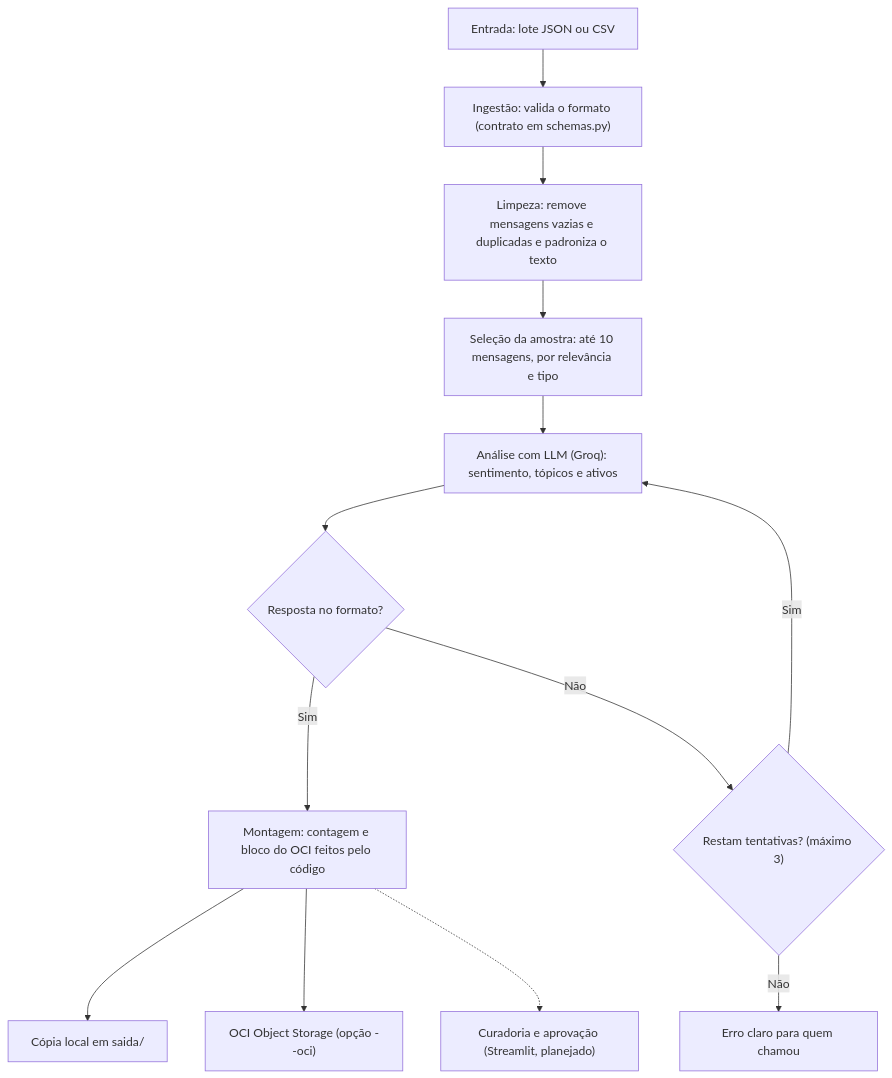
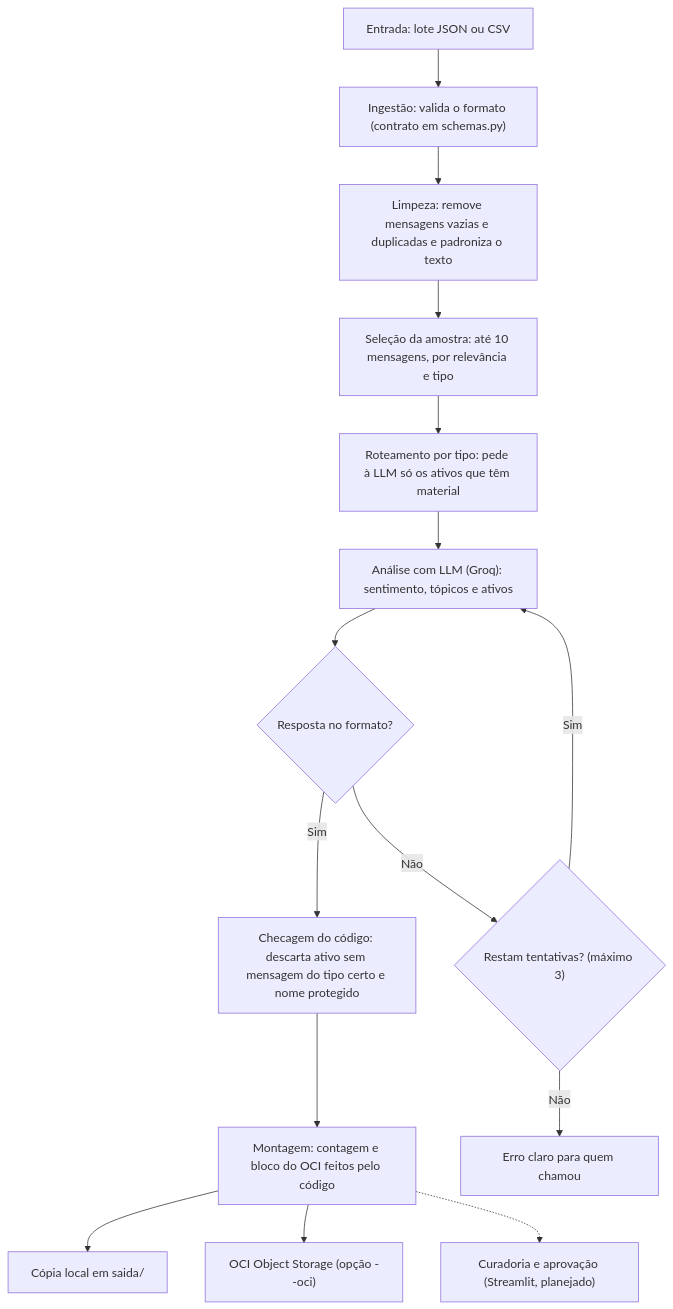
One commit to No-Country-simulation/G10-Brasil-equipo12-CommunityLab changed the diagram in README.md. Above: the diagram before and after it, drawn with Mermaid. The commit also changed other lines of this file, not shown here.

Commit message:
docs: atualiza o README com o roteamento por tipo em código

````diff
--- a/README.md
+++ b/README.md
@@ -59,15 +62,17 @@
 ```mermaid
 graph TD
     A["Entrada: lote JSON ou CSV"] --> B["Ingestão: valida o formato (contrato em schemas.py)"]
     B --> C["Limpeza: remove mensagens vazias e duplicadas e padroniza o texto"]
     C --> S["Seleção da amostra: até 10 mensagens, por relevância e tipo"]
-    S --> D["Análise com LLM (Groq): sentimento, tópicos e ativos"]
+    S --> T["Roteamento por tipo: pede à LLM só os ativos que têm material"]
+    T --> D["Análise com LLM (Groq): sentimento, tópicos e ativos"]
     D --> E{"Resposta no formato?"}
-    E -->|Sim| F["Montagem: contagem e bloco do OCI feitos pelo código"]
+    E -->|Sim| K["Checagem do código: descarta ativo sem mensagem do tipo certo e nome protegido"]
+    K --> F["Montagem: contagem e bloco do OCI feitos pelo código"]
     E -->|Não| R{"Restam tentativas? (máximo 3)"}
     R -->|Sim| D
     R -->|Não| X["Erro claro para quem chamou"]
     F --> G["Cópia local em saida/"]
     F --> H["OCI Object Storage (opção --oci)"]
     F -.-> I["Curadoria e aprovação (Streamlit, planejado)"]
 ```
````
